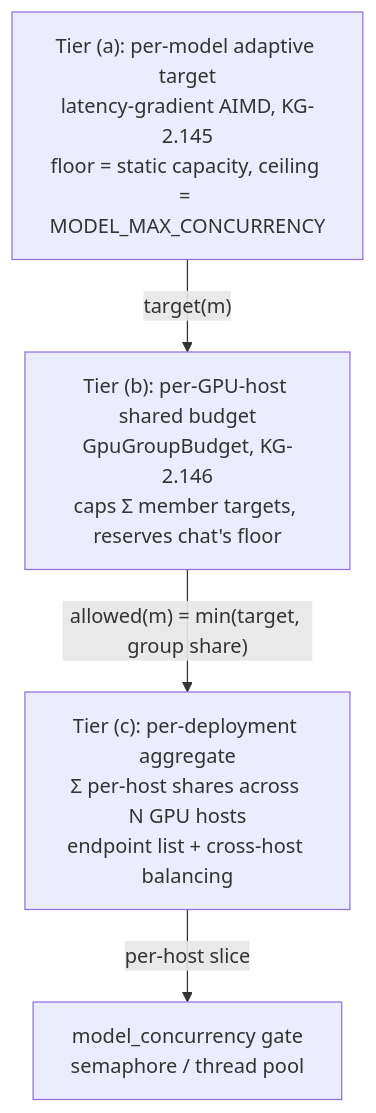
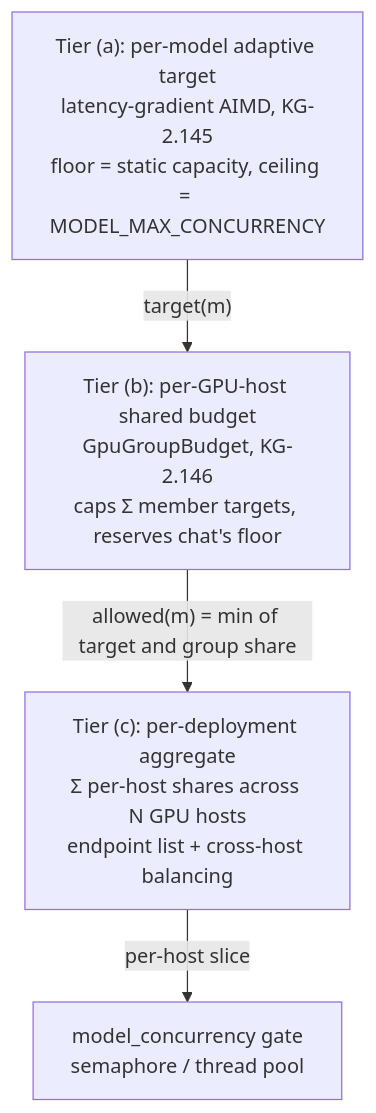
Before and after one commit to Knuckles-Team/agent-utilities: the first of 2 diagrams in docs/architecture/distributed_gpu_concurrency.md, drawn with Mermaid. The commit also changed 26 other files, not shown here.

First line of the commit message:
chore(green): drive full pre-commit green (codespell/bandit/mermaid/stub + format)

````diff
--- a/docs/architecture/distributed_gpu_concurrency.md
+++ b/docs/architecture/distributed_gpu_concurrency.md
@@ -20,9 +20,9 @@
 ```mermaid
 flowchart TD
     A["Tier (a): per-model adaptive target<br/>latency-gradient AIMD, KG-2.145<br/>floor = static capacity, ceiling = MODEL_MAX_CONCURRENCY"]
     B["Tier (b): per-GPU-host shared budget<br/>GpuGroupBudget, KG-2.146<br/>caps Σ member targets, reserves chat's floor"]
     C["Tier (c): per-deployment aggregate<br/>Σ per-host shares across N GPU hosts<br/>endpoint list + cross-host balancing"]
     A -->|"target(m)"| B
-    B -->|"allowed(m) = min(target, group share)"| C
+    B -->|"allowed(m) = min of target and group share"| C
     C -->|"per-host slice"| Gate["model_concurrency gate<br/>semaphore / thread pool"]
 ```
````
